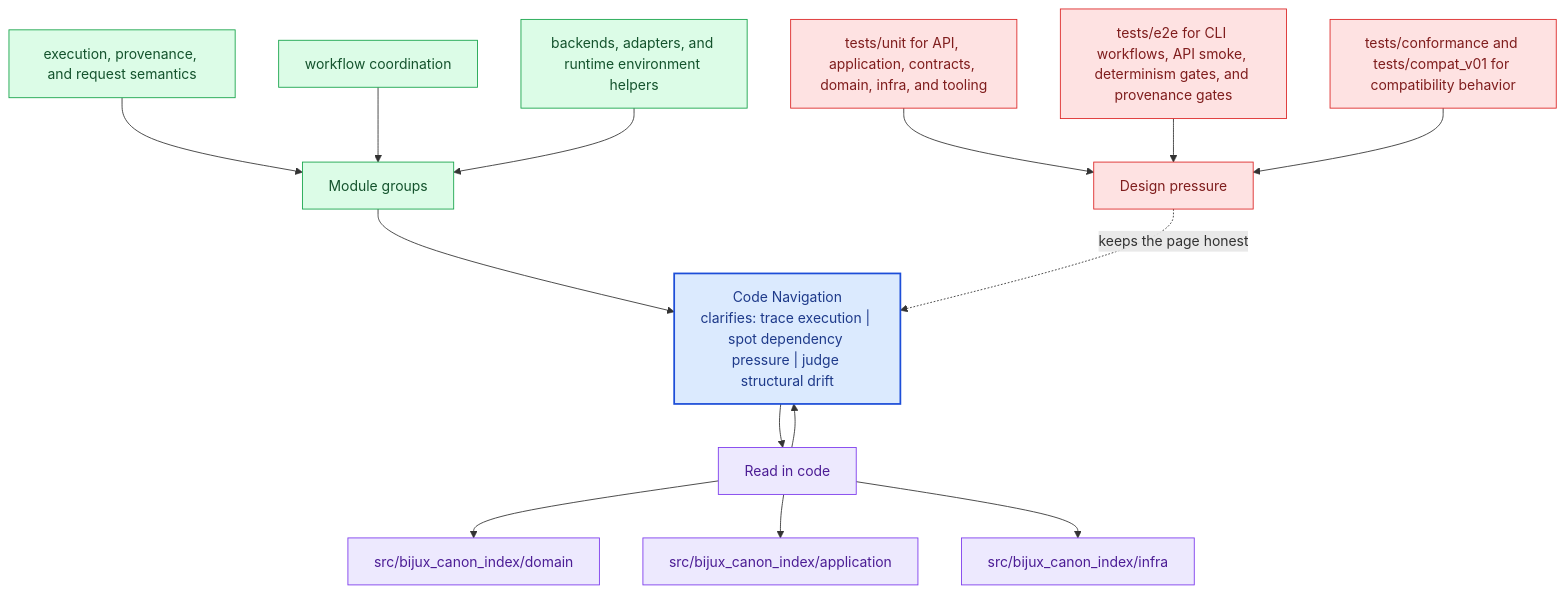
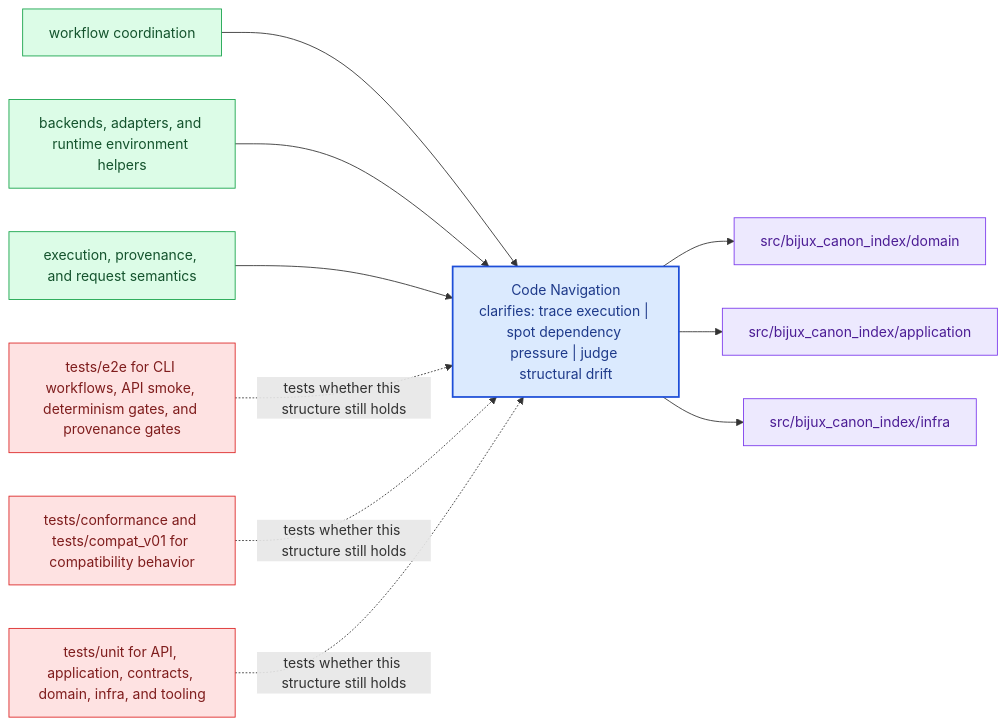
One commit to bijux/bijux-canon changed the diagram in docs/bijux-canon-index/architecture/code-navigation.md. Above: the diagram before and after it, drawn with Mermaid. The commit also changed other lines of this file and 281 other files, not shown here.

Commit message:
docs(diagrams): replace repeated mermaid scaffolds with page-specific summaries

````diff
--- a/docs/bijux-canon-index/architecture/code-navigation.md
+++ b/docs/bijux-canon-index/architecture/code-navigation.md
@@ -66,40 +21,31 @@
 ```mermaid
-flowchart TB
-    promise["Code Navigation<br/>clarifies: trace execution | spot dependency pressure | judge structural drift"]
-    classDef promise fill:#dbeafe,stroke:#1d4ed8,color:#1e3a8a,stroke-width:2px;
-    classDef driver fill:#dcfce7,stroke:#16a34a,color:#14532d;
-    classDef constraint fill:#fee2e2,stroke:#dc2626,color:#7f1d1d;
-    classDef ground fill:#ede9fe,stroke:#7c3aed,color:#4c1d95;
-    focus1["Module groups"]
-    focus1 --> promise
-    focus1_1["execution, provenance, and request semantics"]
-    focus1_1 --> focus1
-    focus1_2["workflow coordination"]
-    focus1_2 --> focus1
-    focus1_3["backends, adapters, and runtime environment helpers"]
-    focus1_3 --> focus1
-    class focus1 driver;
-    class focus1_1,focus1_2,focus1_3 driver;
-    focus2["Read in code"]
-    focus2 --> promise
-    promise --> focus2
-    focus2_1["src/bijux_canon_index/domain"]
-    focus2 --> focus2_1
-    focus2_2["src/bijux_canon_index/application"]
-    focus2 --> focus2_2
-    focus2_3["src/bijux_canon_index/infra"]
-    focus2 --> focus2_3
-    class focus2 ground;
-    class focus2_1,focus2_2,focus2_3 ground;
-    focus3["Design pressure"]
-    focus3 -.keeps the page honest.-> promise
-    focus3_1["tests/unit for API, application, contracts, domain, infra, and tooling"]
-    focus3_1 --> focus3
-    focus3_2["tests/e2e for CLI workflows, API smoke, determinism gates, and provenance gates"]
-    focus3_2 --> focus3
-    focus3_3["tests/conformance and tests/compat_v01 for compatibility behavior"]
-    focus3_3 --> focus3
-    class focus3 constraint;
-    class focus3_1,focus3_2,focus3_3 constraint;
-    class promise promise;
+flowchart LR
+    page["Code Navigation<br/>clarifies: trace execution | spot dependency pressure | judge structural drift"]
+    classDef page fill:#dbeafe,stroke:#1d4ed8,color:#1e3a8a,stroke-width:2px;
+    classDef positive fill:#dcfce7,stroke:#16a34a,color:#14532d;
+    classDef caution fill:#fee2e2,stroke:#dc2626,color:#7f1d1d;
+    classDef anchor fill:#ede9fe,stroke:#7c3aed,color:#4c1d95;
+    classDef action fill:#fef3c7,stroke:#d97706,color:#7c2d12;
+    module1["workflow coordination"]
+    module1 --> page
+    module2["backends, adapters, and runtime environment helpers"]
+    module2 --> page
+    module3["execution, provenance, and request semantics"]
+    module3 --> page
+    code1["src/bijux_canon_index/domain"]
+    page --> code1
+    code2["src/bijux_canon_index/application"]
+    page --> code2
+    code3["src/bijux_canon_index/infra"]
+    page --> code3
+    pressure1["tests/e2e for CLI workflows, API smoke, determinism gates, and provenance gates"]
+    pressure1 -.tests whether this structure still holds.-> page
+    pressure2["tests/conformance and tests/compat_v01 for compatibility behavior"]
+    pressure2 -.tests whether this structure still holds.-> page
+    pressure3["tests/unit for API, application, contracts, domain, infra, and tooling"]
+    pressure3 -.tests whether this structure still holds.-> page
+    class page page;
+    class module1,module2,module3 positive;
+    class code1,code2,code3 anchor;
+    class pressure1,pressure2,pressure3 caution;
 ```
````
